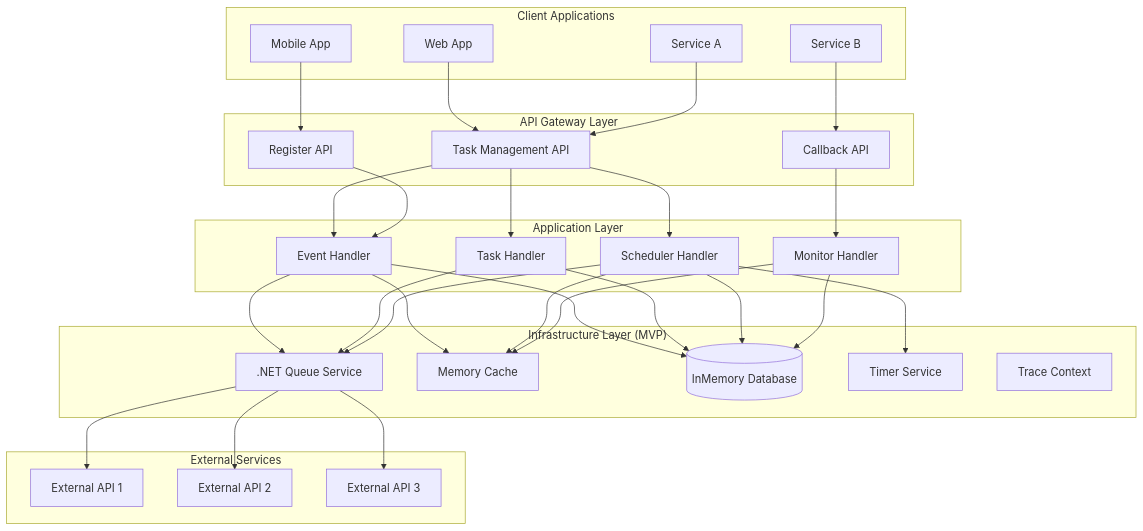
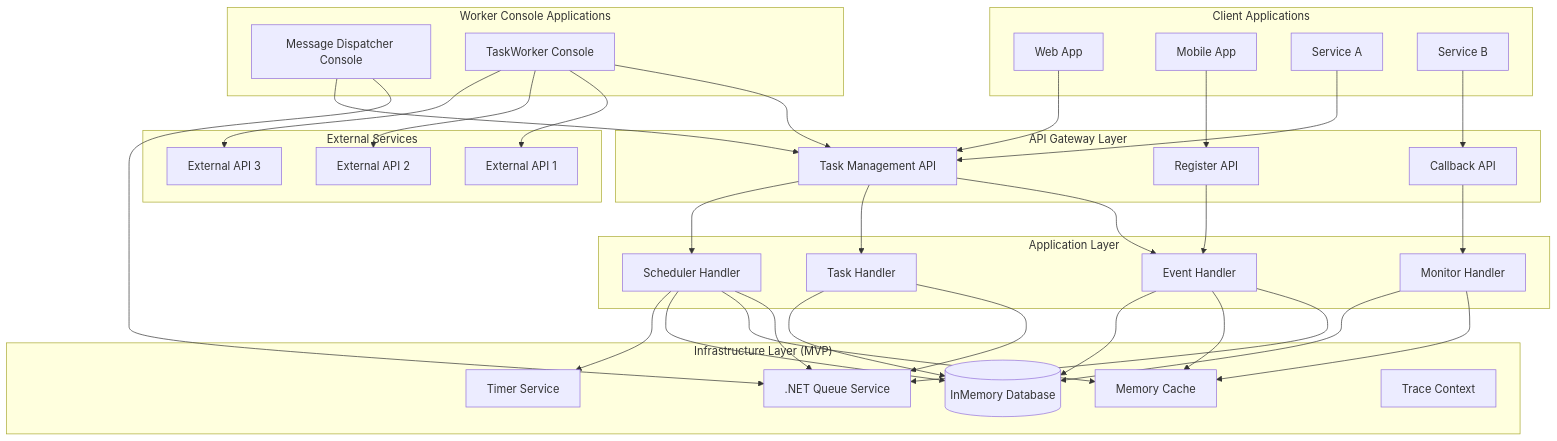
One commit to yaochangyu/eventbus-platform changed the first of 9 diagrams in .specs/design.md. Above: the diagram before and after it, drawn with Mermaid. The commit also changed other lines of this file and 8 other files, not shown here.

Commit message:
✨ feat(src/be/EventBus.Platform.TaskWorker): 新增 TaskWorker 控制台應用程式以處理任務執行及回調功能

````diff
--- a/.specs/design.md
+++ b/.specs/design.md
@@ -9,66 +9,75 @@
 ```mermaid
 graph TB
     subgraph "Client Applications"
         APP1[Web App]
         APP2[Mobile App]
         APP3[Service A]
         APP4[Service B]
     end
 
     subgraph "API Gateway Layer"
         TASK_API[Task Management API]
         REG[Register API]
         CB[Callback API]
     end
 
     subgraph "Application Layer"
         EH[Event Handler]
         TH[Task Handler]
         SH[Scheduler Handler]
         MON[Monitor Handler]
     end
 
     subgraph "Infrastructure Layer (MVP)"
         QUEUE[.NET Queue Service]
         CACHE[Memory Cache]
         DB[(InMemory Database)]
         TIMER[Timer Service]
         TRACE[Trace Context]
+    end
+
+    subgraph "Worker Console Applications"
+        DISPATCHER[Message Dispatcher Console]
+        TASKWORKER[TaskWorker Console]
     end
 
     subgraph "External Services"
         EXT1[External API 1]
         EXT2[External API 2]
         EXT3[External API 3]
     end
 
     APP1 --> TASK_API
     APP2 --> REG
     APP3 --> TASK_API
     APP4 --> CB
 
     TASK_API --> EH
     TASK_API --> TH
     TASK_API --> SH
     REG --> EH
     CB --> MON
 
     EH --> QUEUE
     TH --> QUEUE
     SH --> QUEUE
 
     EH --> CACHE
     SH --> CACHE
     MON --> CACHE
 
     EH --> DB
     TH --> DB
     SH --> DB
     MON --> DB
 
-    QUEUE --> EXT1
-    QUEUE --> EXT2
-    QUEUE --> EXT3
+    DISPATCHER --> QUEUE
+    DISPATCHER --> TASK_API
+
+    TASKWORKER --> TASK_API
+    TASKWORKER --> EXT1
+    TASKWORKER --> EXT2
+    TASKWORKER --> EXT3
 
     SH --> TIMER
 ```
````
